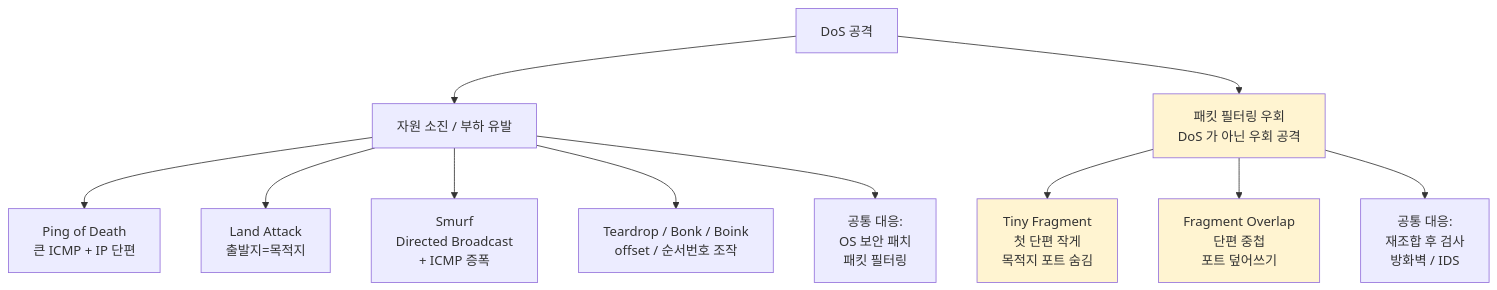
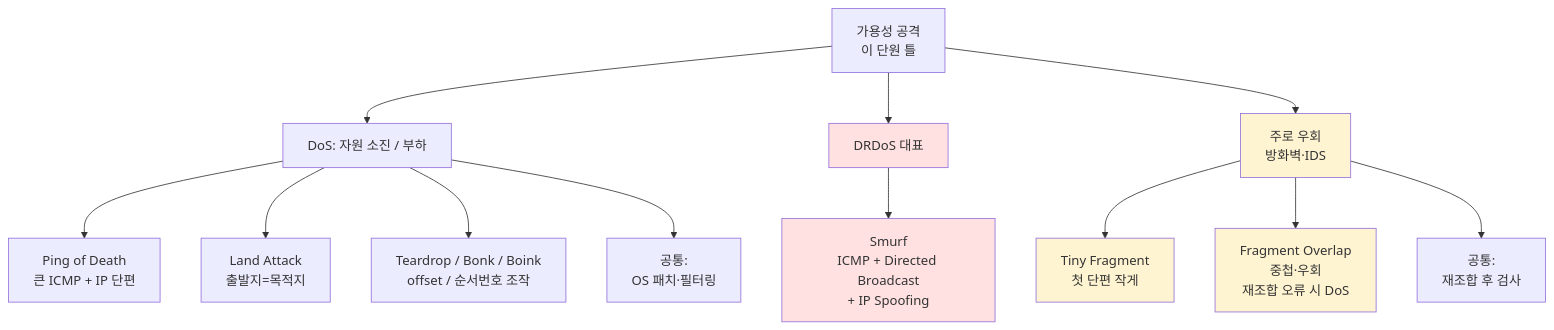
Before and after one commit to ianrang/cs-study: the second of 5 diagrams in cs/information-security/study/02.network-security/05.dos-ddos-drdos.md, drawn with Mermaid. The commit also changed other lines of this file and 3 other files, not shown here.

````diff
--- a/cs/information-security/study/02.network-security/05.dos-ddos-drdos.md
+++ b/cs/information-security/study/02.network-security/05.dos-ddos-drdos.md
@@ -851,22 +855,26 @@
 ```mermaid
 graph TD
-  D[DoS 공격]
+  D[가용성 공격<br/>이 단원 틀]
 
-  D --> R[자원 소진 / 부하 유발]
+  D --> R[DoS: 자원 소진 / 부하]
   R --> R1[Ping of Death<br/>큰 ICMP + IP 단편]
   R --> R2[Land Attack<br/>출발지=목적지]
-  R --> R3[Smurf<br/>Directed Broadcast<br/>+ ICMP 증폭]
-  R --> R4[Teardrop / Bonk / Boink<br/>offset / 순서번호 조작]
+  R --> R3[Teardrop / Bonk / Boink<br/>offset / 순서번호 조작]
 
-  D --> B[패킷 필터링 우회<br/>DoS 가 아닌 우회 공격]
-  B --> B1[Tiny Fragment<br/>첫 단편 작게<br/>목적지 포트 숨김]
-  B --> B2[Fragment Overlap<br/>단편 중첩<br/>포트 덮어쓰기]
+  D --> DR[DRDoS 대표]
+  DR --> DR1[Smurf<br/>ICMP + Directed Broadcast<br/>+ IP Spoofing]
 
-  R --> CMN1[공통 대응:<br/>OS 보안 패치<br/>패킷 필터링]
+  D --> B[주로 우회<br/>방화벽·IDS]
+  B --> B1[Tiny Fragment<br/>첫 단편 작게]
+  B --> B2[Fragment Overlap<br/>중첩·우회<br/>재조합 오류 시 DoS]
 
-  B --> CMN2[공통 대응:<br/>재조합 후 검사<br/>방화벽 / IDS]
+  R --> CMN1[공통:<br/>OS 패치·필터링]
+
+  B --> CMN2[공통:<br/>재조합 후 검사]
 
   style B fill:#fff4d1
   style B1 fill:#fff4d1
   style B2 fill:#fff4d1
+  style DR fill:#ffe1e1
+  style DR1 fill:#ffe1e1
 ```
````
